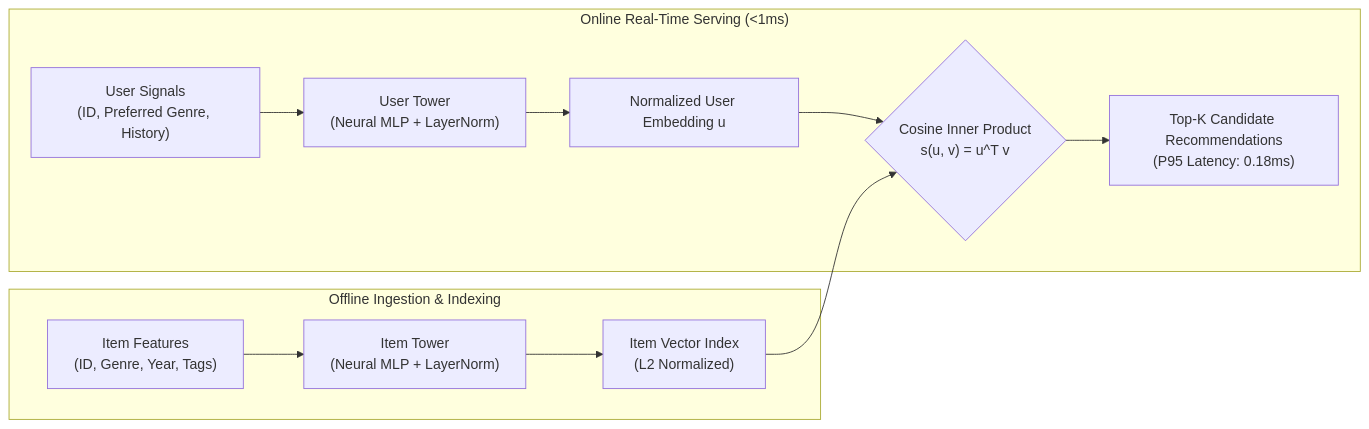
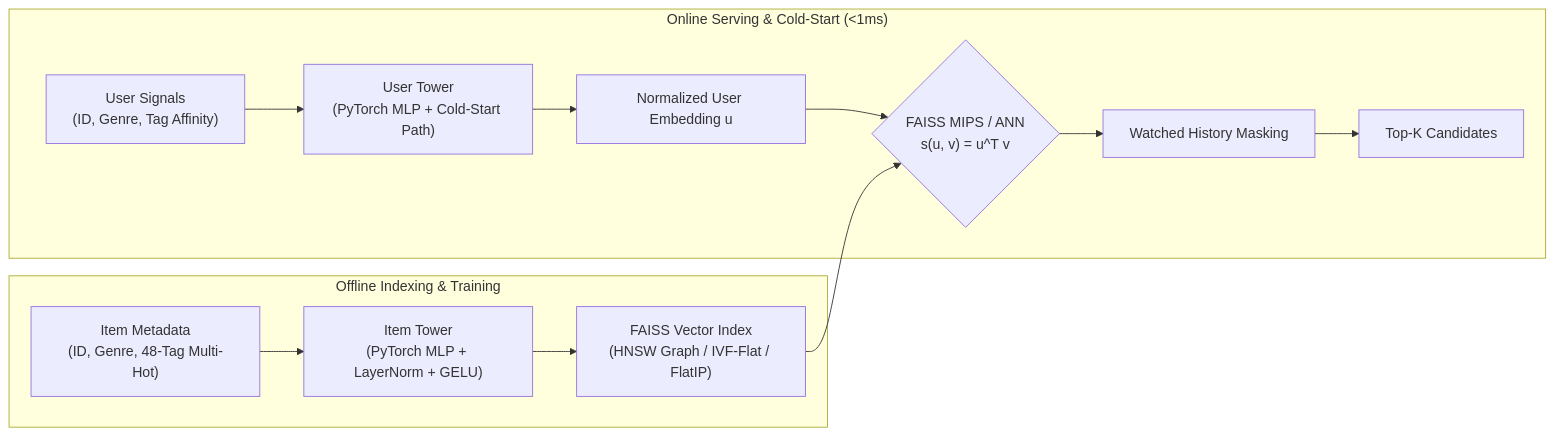
One commit to kartik-bhatt767/two-tower-neural-recsys changed the diagram in README.md. Above: the diagram before and after it, drawn with Mermaid. The commit also changed other lines of this file and 4 other files, not shown here.

Commit message:
feat(ui,docs): add 2D latent PCA canvas, cold-start lab UI, and benchmark docs

````diff
--- a/README.md
+++ b/README.md
@@ -31,15 +29,15 @@
 ```mermaid
 flowchart LR
-    subgraph Offline_Pipeline ["Offline Ingestion & Indexing"]
-        ItemFeatures["Item Features<br>(ID, Genre, Year, Tags)"] --> ItemTower["Item Tower<br>(Neural MLP + LayerNorm)"]
-        ItemTower --> PrecomputedVectors["Item Vector Index<br>(L2 Normalized)"]
+    subgraph Offline_Pipeline ["Offline Indexing & Training"]
+        ItemFeatures["Item Metadata<br>(ID, Genre, 48-Tag Multi-Hot)"] --> ItemTower["Item Tower<br>(PyTorch MLP + LayerNorm + GELU)"]
+        ItemTower --> VecIndex["FAISS Vector Index<br>(HNSW Graph / IVF-Flat / FlatIP)"]
     end
 
-    subgraph Online_Serving ["Online Real-Time Serving (<1ms)"]
-        UserSignals["User Signals<br>(ID, Preferred Genre, History)"] --> UserTower["User Tower<br>(Neural MLP + LayerNorm)"]
-        UserTower --> UserVector["Normalized User Embedding u"]
-        UserVector --> DotProduct{"Cosine Inner Product<br>s(u, v) = u^T v"}
-        PrecomputedVectors --> DotProduct
-        DotProduct --> TopK["Top-K Candidate Recommendations<br>(P95 Latency: 0.18ms)"]
+    subgraph Online_Serving ["Online Serving & Cold-Start (<1ms)"]
+        UserSignals["User Signals<br>(ID, Genre, Tag Affinity)"] --> UserTower["User Tower<br>(PyTorch MLP + Cold-Start Path)"]
+        UserTower --> UserVec["Normalized User Embedding u"]
+        UserVec --> ANN{"FAISS MIPS / ANN<br>s(u, v) = u^T v"}
+        VecIndex --> ANN
+        ANN --> Filter["Watched History Masking"] --> TopK["Top-K Candidates"]
     end
 ```
````
